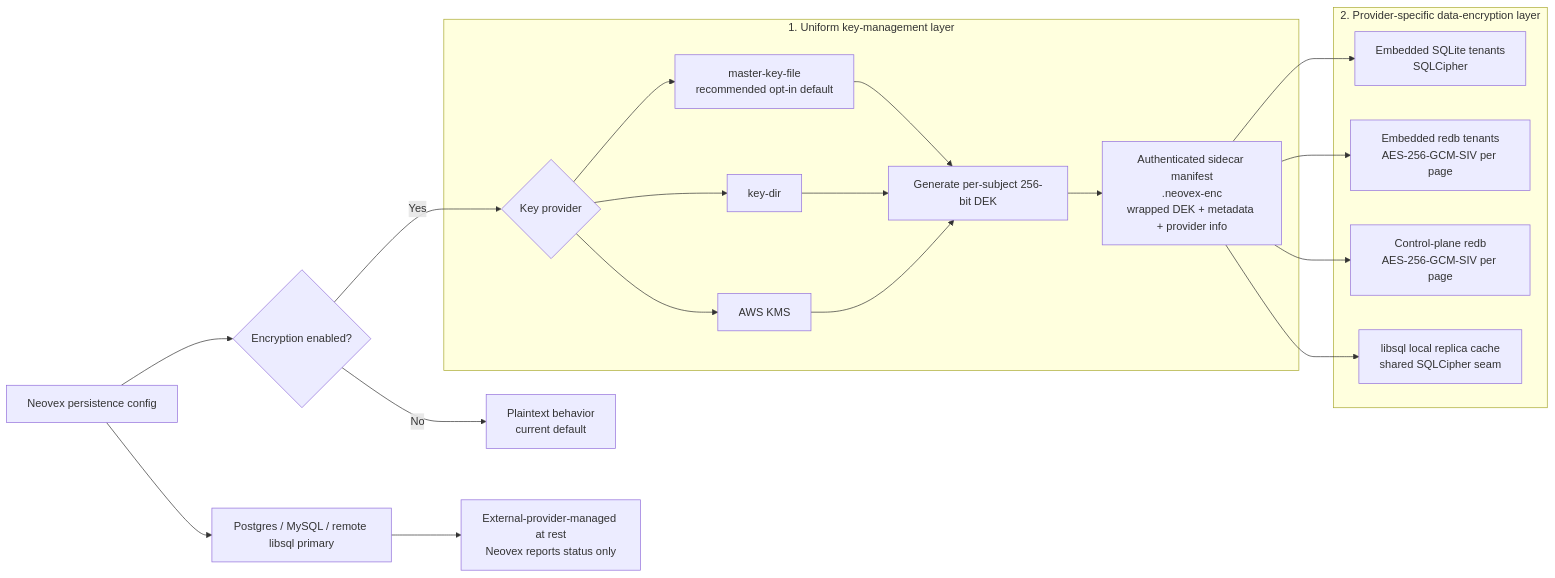
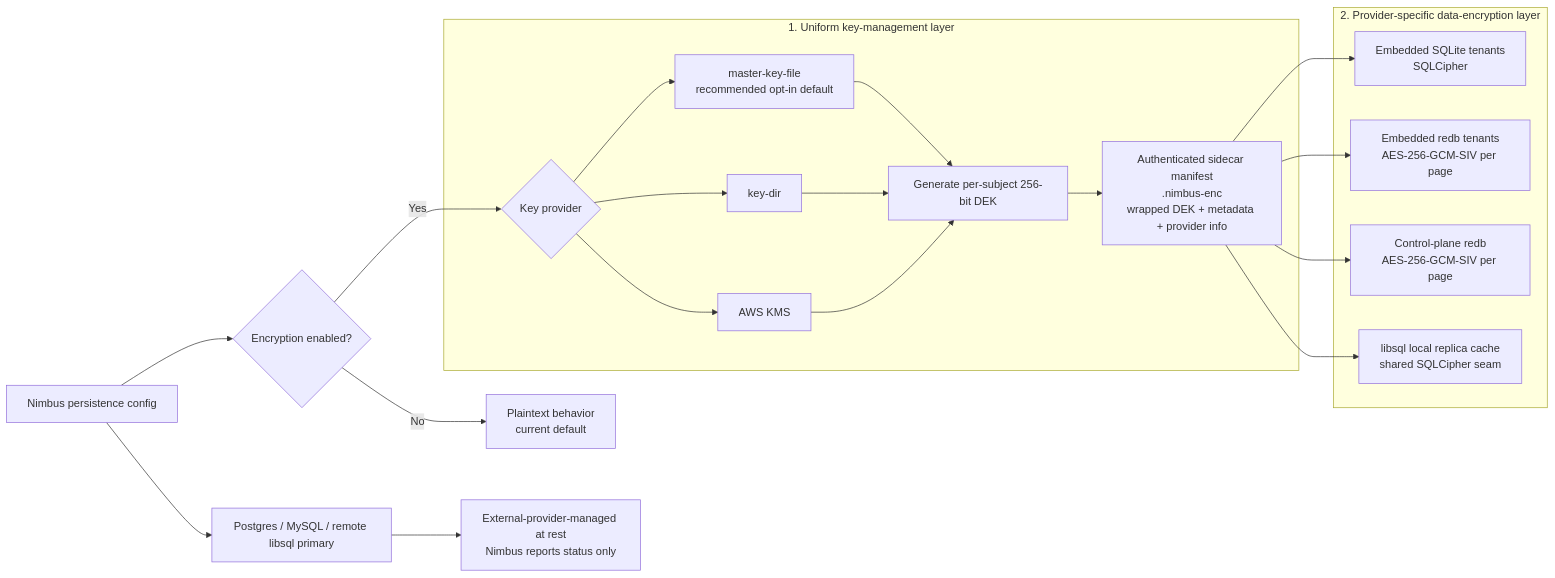
Before and after one commit to nimbus/nimbus: the first of 2 diagrams in docs/architecture/storage/encryption.md, drawn with Mermaid. The commit also changed other lines of this file and 6725 other files, not shown here.

First line of the commit message:
rename: complete neovex→nimbus rebrand across entire codebase

````diff
--- a/docs/architecture/storage/encryption.md
+++ b/docs/architecture/storage/encryption.md
@@ -85,29 +85,29 @@
 ```mermaid
 flowchart LR
-    Start["Neovex persistence config"] --> Mode{"Encryption enabled?"}
+    Start["Nimbus persistence config"] --> Mode{"Encryption enabled?"}
     Mode -- "No" --> Plain["Plaintext behavior<br/>current default"]
     Mode -- "Yes" --> KP
 
     subgraph KM["1. Uniform key-management layer"]
         KP{"Key provider"}
         KP --> MKF["master-key-file<br/>recommended opt-in default"]
         KP --> KD["key-dir"]
         KP --> KMS["AWS KMS"]
 
         MKF --> DEK["Generate per-subject 256-bit DEK"]
         KD --> DEK
         KMS --> DEK
 
-        DEK --> MAN["Authenticated sidecar manifest<br/>.neovex-enc<br/>wrapped DEK + metadata + provider info"]
+        DEK --> MAN["Authenticated sidecar manifest<br/>.nimbus-enc<br/>wrapped DEK + metadata + provider info"]
     end
 
     subgraph DP["2. Provider-specific data-encryption layer"]
         MAN --> SQ["Embedded SQLite tenants<br/>SQLCipher"]
         MAN --> RT["Embedded redb tenants<br/>AES-256-GCM-SIV per page"]
         MAN --> CP["Control-plane redb<br/>AES-256-GCM-SIV per page"]
         MAN --> LC["libsql local replica cache<br/>shared SQLCipher seam"]
     end
 
     Start --> EXT["Postgres / MySQL / remote libsql primary"]
-    EXT --> EXTS["External-provider-managed at rest<br/>Neovex reports status only"]
+    EXT --> EXTS["External-provider-managed at rest<br/>Nimbus reports status only"]
 ```
````
